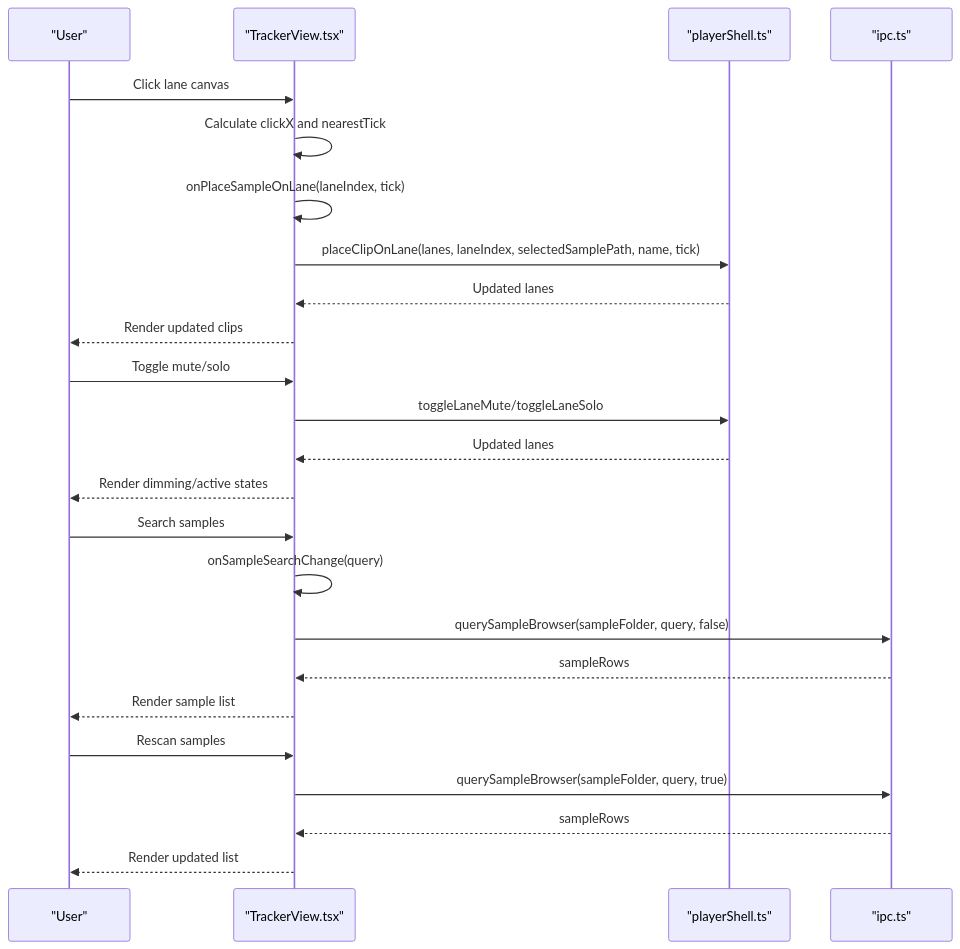
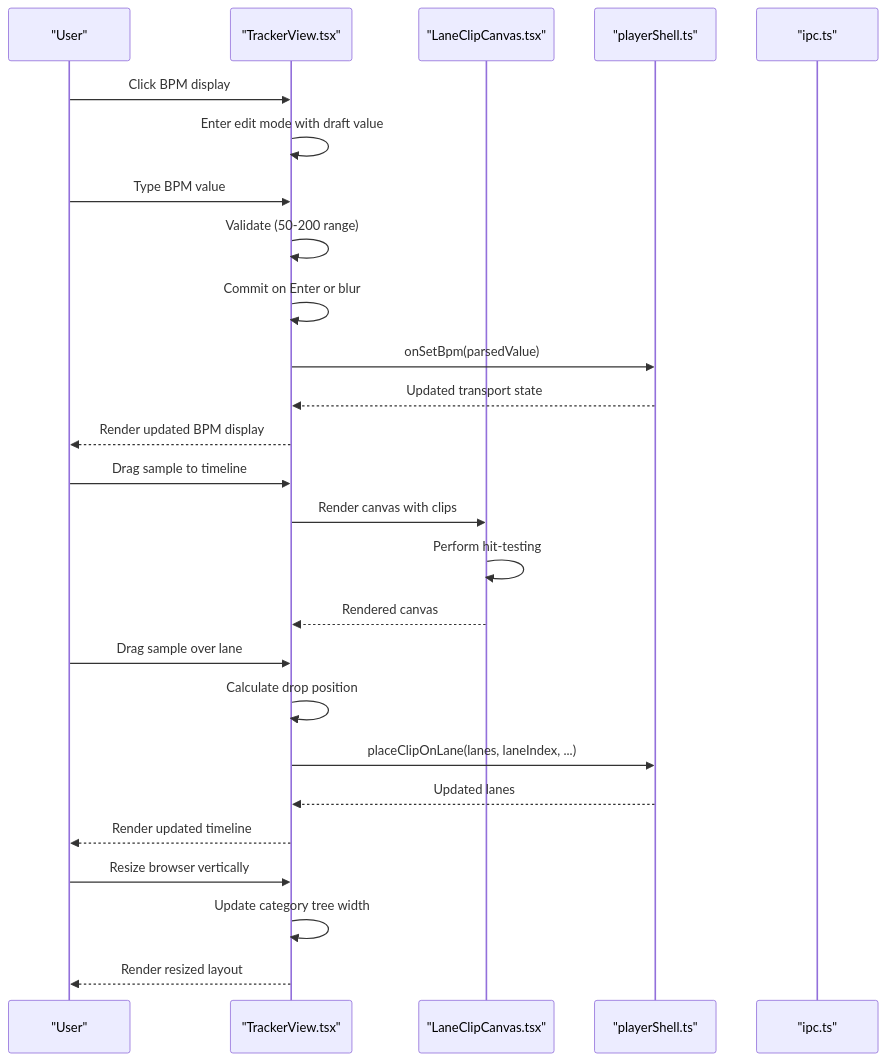
One commit to satyrlord/mixjam-electron changed the sixth of 7 diagrams in .qoder/repowiki/en/content/Core Components/UI Components.md. Above: the diagram before and after it, drawn with Mermaid. The commit also changed other lines of this file and 14 other files, not shown here.

````diff
--- a/.qoder/repowiki/en/content/Core Components/UI Components.md
+++ b/.qoder/repowiki/en/content/Core Components/UI Components.md
@@ -303,26 +441,28 @@
 ```mermaid
 sequenceDiagram
 participant User as "User"
 participant TV as "TrackerView.tsx"
+participant LCC as "LaneClipCanvas.tsx"
 participant PS as "playerShell.ts"
 participant IPC as "ipc.ts"
-User->>TV : Click lane canvas
-TV->>TV : Calculate clickX and nearestTick
-TV->>TV : onPlaceSampleOnLane(laneIndex, tick)
-TV->>PS : placeClipOnLane(lanes, laneIndex, selectedSamplePath, name, tick)
+User->>TV : Click BPM display
+TV->>TV : Enter edit mode with draft value
+User->>TV : Type BPM value
+TV->>TV : Validate (50-200 range)
+TV->>TV : Commit on Enter or blur
+TV->>PS : onSetBpm(parsedValue)
+PS-->>TV : Updated transport state
+TV-->>User : Render updated BPM display
+User->>TV : Drag sample to timeline
+TV->>LCC : Render canvas with clips
+LCC->>LCC : Perform hit-testing
+LCC-->>TV : Rendered canvas
+User->>TV : Drag sample over lane
+TV->>TV : Calculate drop position
+TV->>PS : placeClipOnLane(lanes, laneIndex, ...)
 PS-->>TV : Updated lanes
-TV-->>User : Render updated clips
-User->>TV : Toggle mute/solo
-TV->>PS : toggleLaneMute/toggleLaneSolo
-PS-->>TV : Updated lanes
-TV-->>User : Render dimming/active states
-User->>TV : Search samples
-TV->>TV : onSampleSearchChange(query)
-TV->>IPC : querySampleBrowser(sampleFolder, query, false)
-IPC-->>TV : sampleRows
-TV-->>User : Render sample list
-User->>TV : Rescan samples
-TV->>IPC : querySampleBrowser(sampleFolder, query, true)
-IPC-->>TV : sampleRows
-TV-->>User : Render updated list
+TV-->>User : Render updated timeline
+User->>TV : Resize browser vertically
+TV->>TV : Update category tree width
+TV-->>User : Render resized layout
 ```
````
